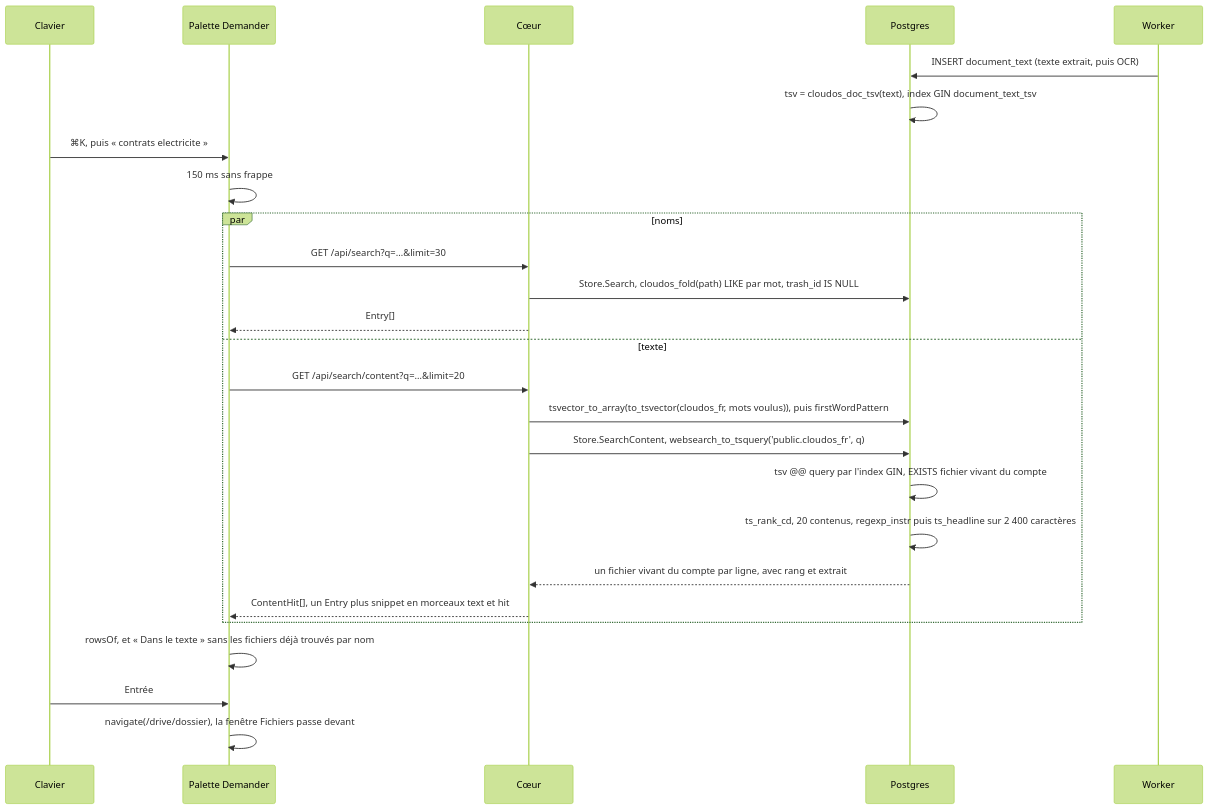
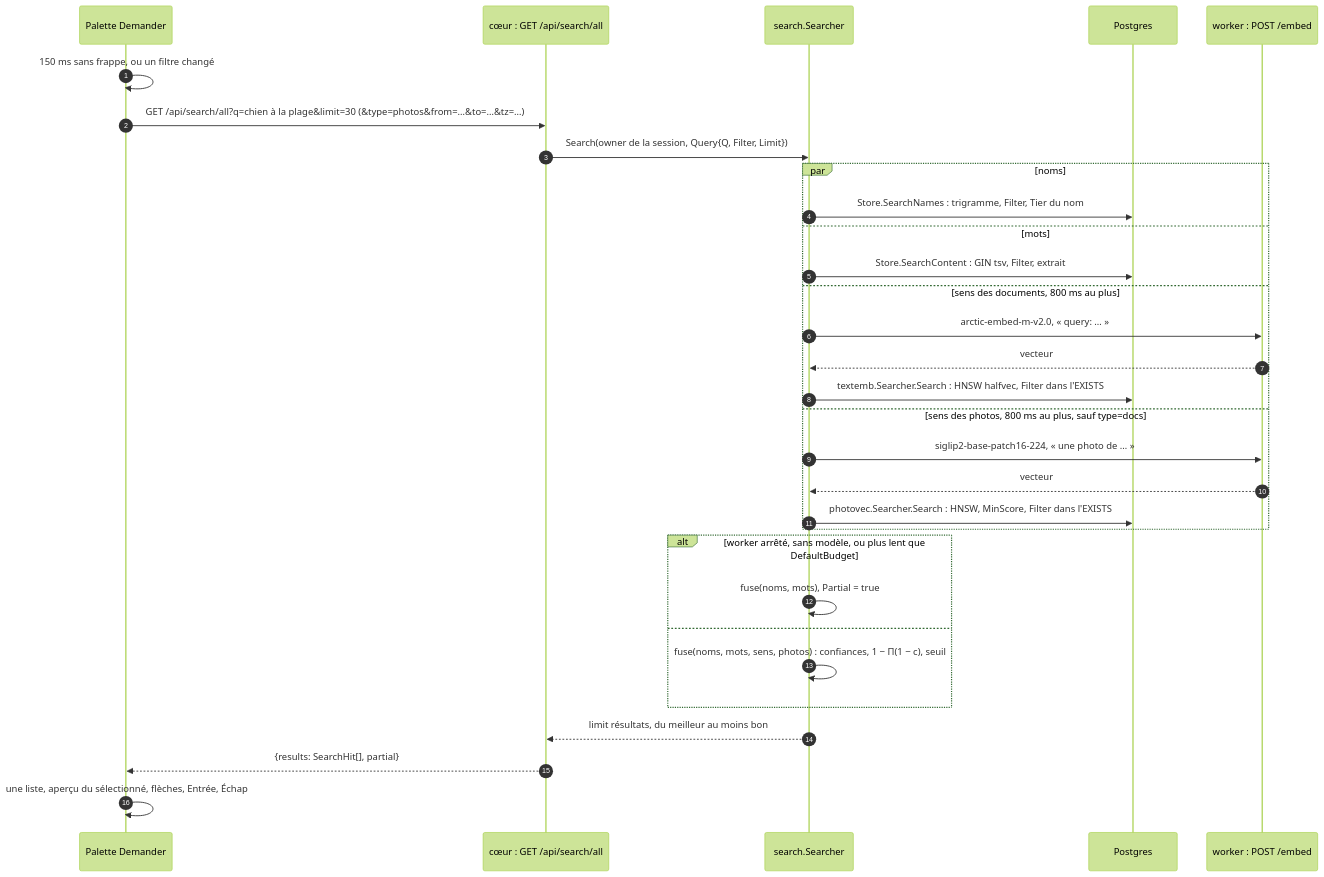
The diagram in docs/architecture/search.md (C2-POLY/cloud-os), drawn with Mermaid (forest theme) before and after one commit. The commit also changed other lines of this file and 36 other files, not shown here.

First line of the commit message:
feat(search): answer Demander with one ranked list of documents and photos (#84)

````diff
--- a/docs/architecture/search.md
+++ b/docs/architecture/search.md
@@ -62,28 +55,34 @@
 ```mermaid
 sequenceDiagram
-    participant U as Clavier
+    autonumber
     participant P as Palette Demander
-    participant C as Cœur
+    participant H as cœur : GET /api/search/all
+    participant S as search.Searcher
     participant DB as Postgres
-    participant K as Worker
-    K->>DB: INSERT document_text (texte extrait, puis OCR)
-    DB->>DB: tsv = cloudos_doc_tsv(text), index GIN document_text_tsv
-    U->>P: ⌘K, puis « contrats electricite »
-    P->>P: 150 ms sans frappe
+    participant E as worker : POST /embed
+
+    P->>P: 150 ms sans frappe, ou un filtre changé
+    P->>H: GET /api/search/all?q=chien à la plage&limit=30 (&type=photos&from=…&to=…&tz=…)
+    H->>S: Search(owner de la session, Query{Q, Filter, Limit})
     par noms
-        P->>C: GET /api/search?q=…&limit=30
-        C->>DB: Store.Search, cloudos_fold(path) LIKE par mot, trash_id IS NULL
-        C-->>P: Entry[]
-    and texte
-        P->>C: GET /api/search/content?q=…&limit=20
-        C->>DB: tsvector_to_array(to_tsvector(cloudos_fr, mots voulus)), puis firstWordPattern
-        C->>DB: Store.SearchContent, websearch_to_tsquery('public.cloudos_fr', q)
-        DB->>DB: tsv @@ query par l'index GIN, EXISTS fichier vivant du compte
-        DB->>DB: ts_rank_cd, 20 contenus, regexp_instr puis ts_headline sur 2 400 caractères
-        DB-->>C: un fichier vivant du compte par ligne, avec rang et extrait
-        C-->>P: ContentHit[], un Entry plus snippet en morceaux text et hit
+        S->>DB: Store.SearchNames : trigramme, Filter, Tier du nom
+    and mots
+        S->>DB: Store.SearchContent : GIN tsv, Filter, extrait
+    and sens des documents, 800 ms au plus
+        S->>E: arctic-embed-m-v2.0, « query: … »
+        E-->>S: vecteur
+        S->>DB: textemb.Searcher.Search : HNSW halfvec, Filter dans l'EXISTS
+    and sens des photos, 800 ms au plus, sauf type=docs
+        S->>E: siglip2-base-patch16-224, « une photo de … »
+        E-->>S: vecteur
+        S->>DB: photovec.Searcher.Search : HNSW, MinScore, Filter dans l'EXISTS
     end
-    P->>P: rowsOf, et « Dans le texte » sans les fichiers déjà trouvés par nom
-    U->>P: Entrée
-    P->>P: navigate(/drive/dossier), la fenêtre Fichiers passe devant
+    alt worker arrêté, sans modèle, ou plus lent que DefaultBudget
+        S->>S: fuse(noms, mots), Partial = true
+    else
+        S->>S: fuse(noms, mots, sens, photos) : confiances, 1 − Π(1 − c), seuil
+    end
+    S-->>H: limit résultats, du meilleur au moins bon
+    H-->>P: {results: SearchHit[], partial}
+    P->>P: une liste, aperçu du sélectionné, flèches, Entrée, Échap
 ```
````
